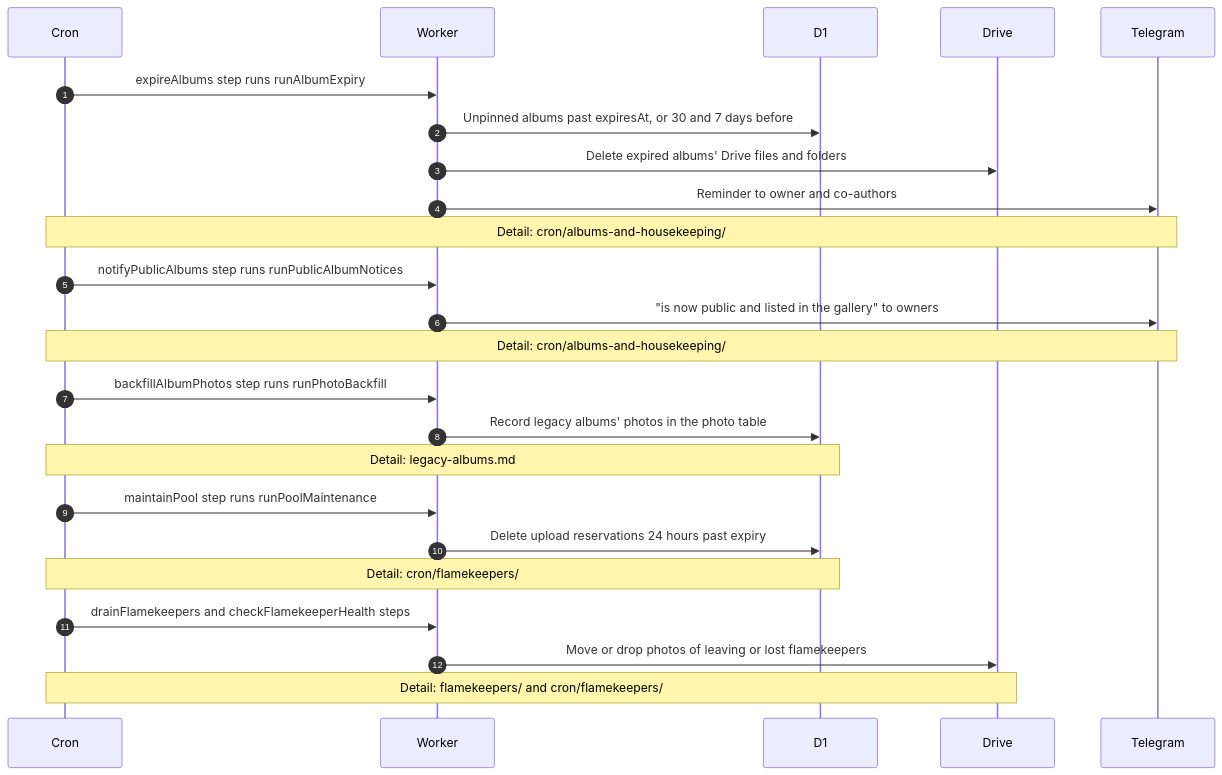
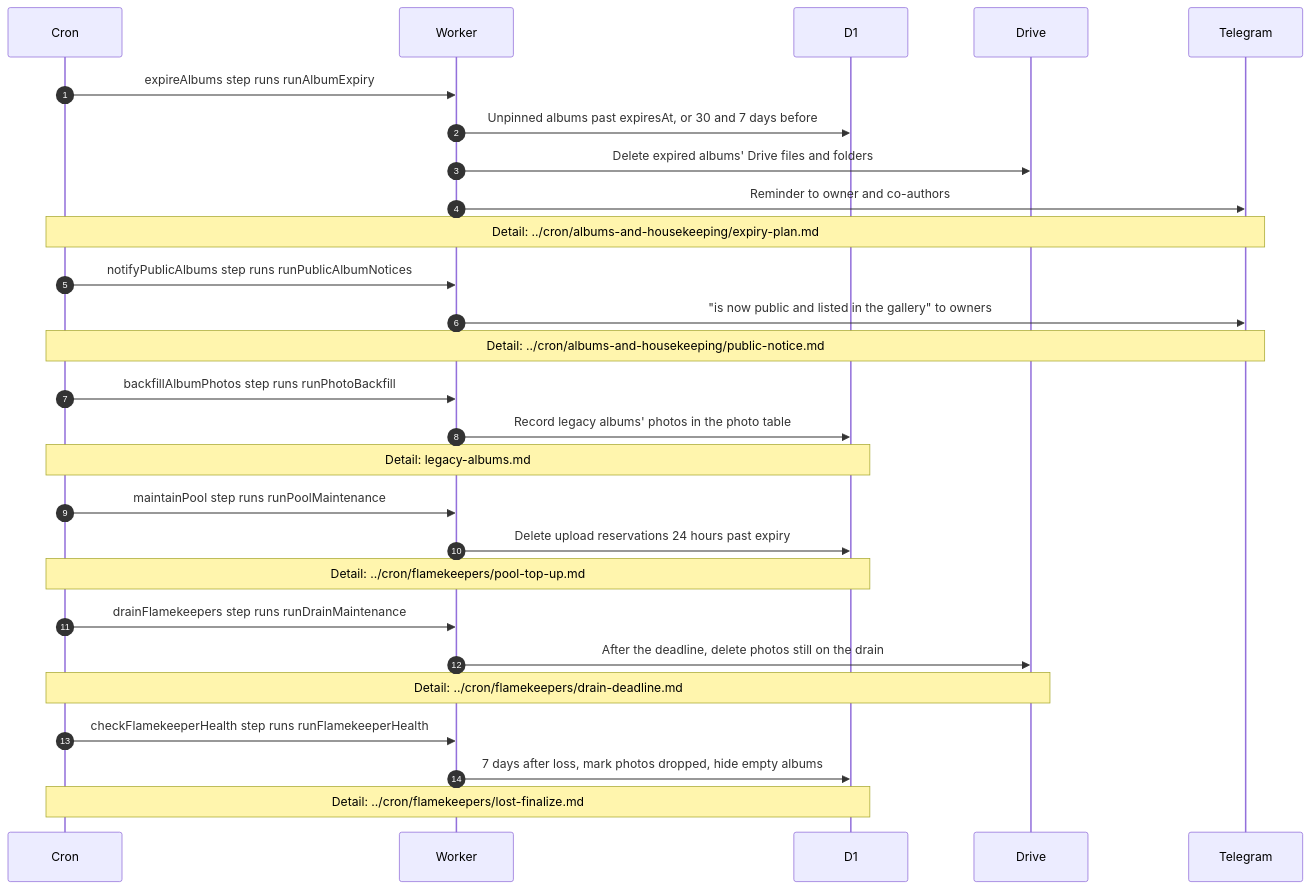
One commit to sagyzdop/meriksirat changed the diagram in docs/scenarios/albums/background-handoffs.md. Above: the diagram before and after it, drawn with Mermaid. The commit also changed other lines of this file and 17 other files, not shown here.

Commit message:
docs(scenarios): verify albums diagrams against the code

````diff
--- a/docs/scenarios/albums/background-handoffs.md
+++ b/docs/scenarios/albums/background-handoffs.md
@@ -14,26 +16,29 @@
 ```mermaid
 sequenceDiagram
     autonumber
     participant C as Cron
     participant W as Worker
     participant D as D1
     participant G as Drive
     participant T as Telegram
     C->>W: expireAlbums step runs runAlbumExpiry
     W->>D: Unpinned albums past expiresAt, or 30 and 7 days before
     W->>G: Delete expired albums' Drive files and folders
     W->>T: Reminder to owner and co-authors
-    Note over C,T: Detail: cron/albums-and-housekeeping/
+    Note over C,T: Detail: ../cron/albums-and-housekeeping/expiry-plan.md
     C->>W: notifyPublicAlbums step runs runPublicAlbumNotices
     W->>T: "is now public and listed in the gallery" to owners
-    Note over C,T: Detail: cron/albums-and-housekeeping/
+    Note over C,T: Detail: ../cron/albums-and-housekeeping/public-notice.md
     C->>W: backfillAlbumPhotos step runs runPhotoBackfill
     W->>D: Record legacy albums' photos in the photo table
     Note over C,D: Detail: legacy-albums.md
     C->>W: maintainPool step runs runPoolMaintenance
     W->>D: Delete upload reservations 24 hours past expiry
-    Note over C,D: Detail: cron/flamekeepers/
-    C->>W: drainFlamekeepers and checkFlamekeeperHealth steps
-    W->>G: Move or drop photos of leaving or lost flamekeepers
-    Note over C,G: Detail: flamekeepers/ and cron/flamekeepers/
+    Note over C,D: Detail: ../cron/flamekeepers/pool-top-up.md
+    C->>W: drainFlamekeepers step runs runDrainMaintenance
+    W->>G: After the deadline, delete photos still on the drain
+    Note over C,G: Detail: ../cron/flamekeepers/drain-deadline.md
+    C->>W: checkFlamekeeperHealth step runs runFlamekeeperHealth
+    W->>D: 7 days after loss, mark photos dropped, hide empty albums
+    Note over C,D: Detail: ../cron/flamekeepers/lost-finalize.md
 ```
````
